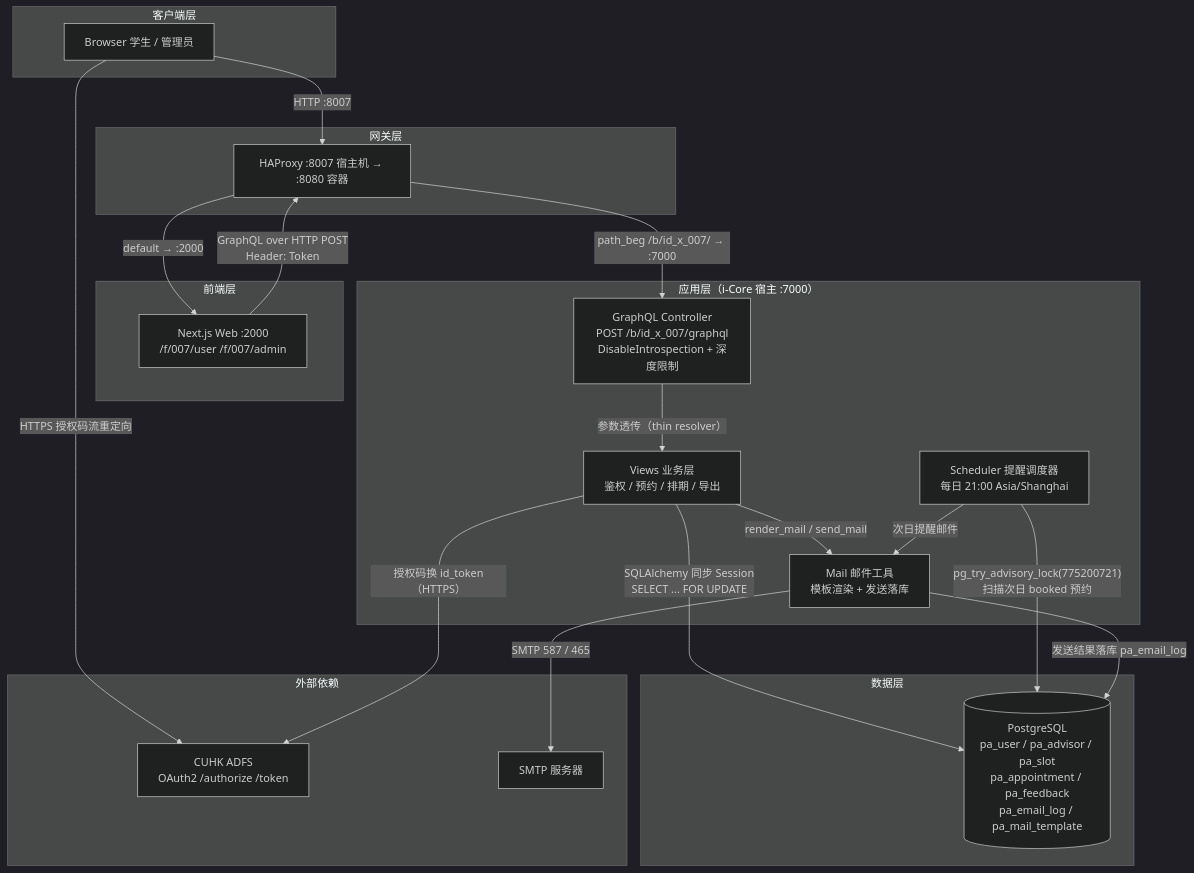
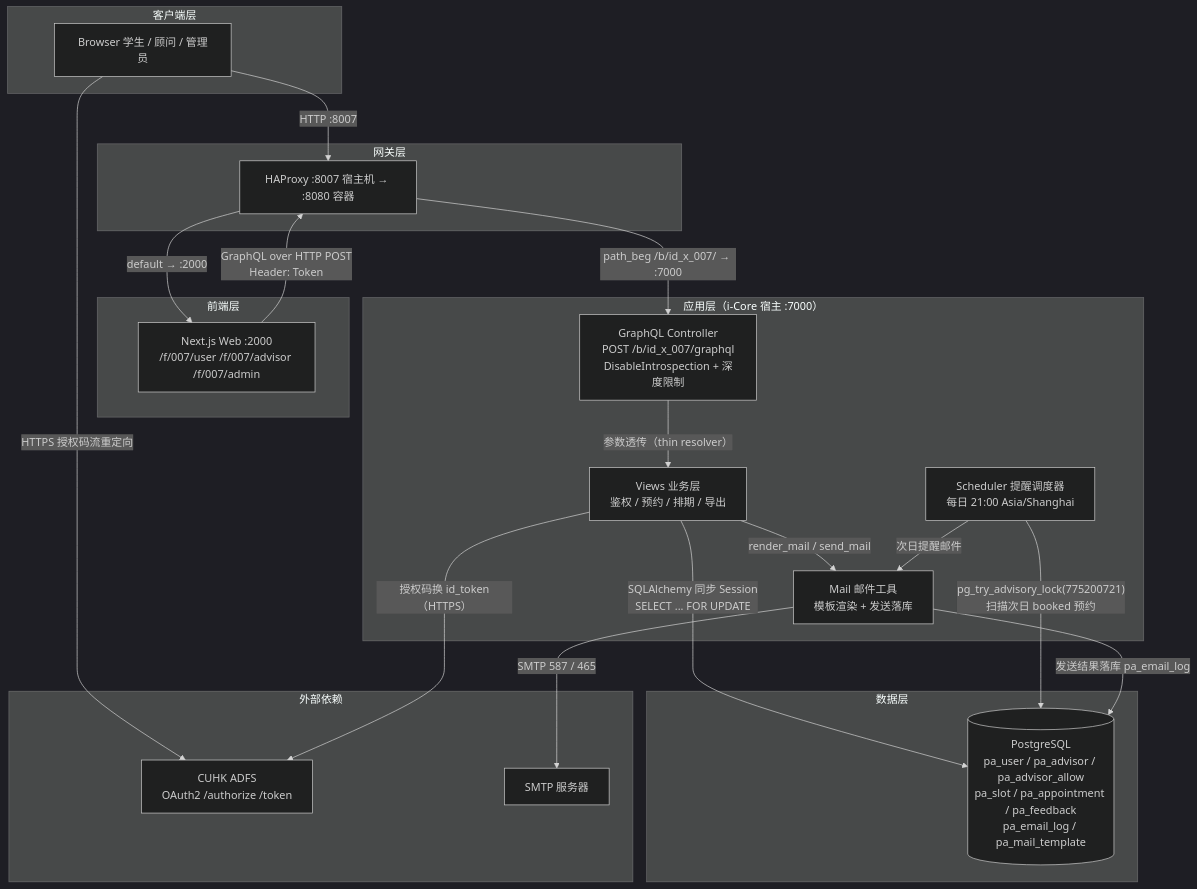
One commit to i-TorchLabs/id_x_007 changed the first of 2 diagrams in README.md. Above: the diagram before and after it, drawn with Mermaid (dark theme). The commit also changed other lines of this file and 45 other files, not shown here.

````diff
--- a/README.md
+++ b/README.md
@@ -62,44 +63,44 @@
 ```mermaid
 graph TD
     subgraph 客户端层
-        B[Browser 学生 / 管理员]
+        B[Browser 学生 / 顾问 / 管理员]
     end
 
     subgraph 网关层
         H[HAProxy :8007 宿主机 → :8080 容器]
     end
 
     subgraph 前端层
-        W["Next.js Web :2000<br/>/f/007/user /f/007/admin"]
+        W["Next.js Web :2000<br/>/f/007/user /f/007/advisor /f/007/admin"]
     end
 
     subgraph 应用层["应用层（i-Core 宿主 :7000）"]
         GC["GraphQL Controller<br/>POST /b/id_x_007/graphql<br/>DisableIntrospection + 深度限制"]
         V["Views 业务层<br/>鉴权 / 预约 / 排期 / 导出"]
         SCH["Scheduler 提醒调度器<br/>每日 21:00 Asia/Shanghai"]
         MAIL["Mail 邮件工具<br/>模板渲染 + 发送落库"]
     end
 
     subgraph 数据层
-        PG[("PostgreSQL<br/>pa_user / pa_advisor / pa_slot<br/>pa_appointment / pa_feedback<br/>pa_email_log / pa_mail_template")]
+        PG[("PostgreSQL<br/>pa_user / pa_advisor / pa_advisor_allow<br/>pa_slot / pa_appointment / pa_feedback<br/>pa_email_log / pa_mail_template")]
     end
 
     subgraph 外部依赖
         ADFS["CUHK ADFS<br/>OAuth2 /authorize /token"]
         SMTP["SMTP 服务器"]
     end
 
     B -- "HTTP :8007" --> H
     H -- "path_beg /b/id_x_007/ → :7000" --> GC
     H -- "default → :2000" --> W
     W -- "GraphQL over HTTP POST<br/>Header: Token" --> H
     B -- "HTTPS 授权码流重定向" --> ADFS
     GC -- "参数透传（thin resolver）" --> V
     V -- "授权码换 id_token（HTTPS）" --> ADFS
     V -- "SQLAlchemy 同步 Session<br/>SELECT ... FOR UPDATE" --> PG
     V -- "render_mail / send_mail" --> MAIL
     SCH -- "pg_try_advisory_lock(775200721)<br/>扫描次日 booked 预约" --> PG
     SCH -- "次日提醒邮件" --> MAIL
     MAIL -- "SMTP 587 / 465" --> SMTP
     MAIL -- "发送结果落库 pa_email_log" --> PG
 ```
````
